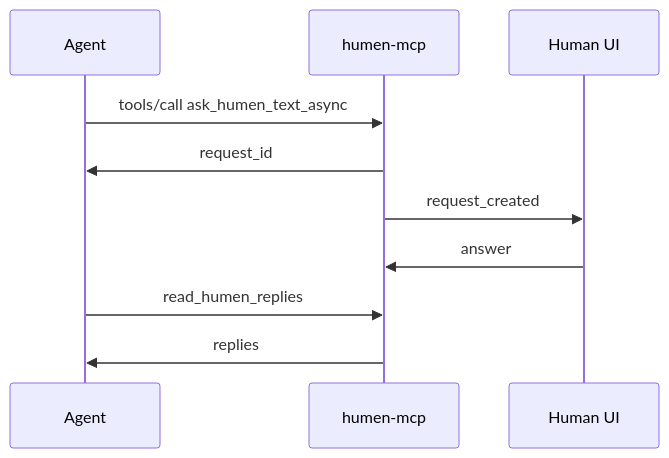
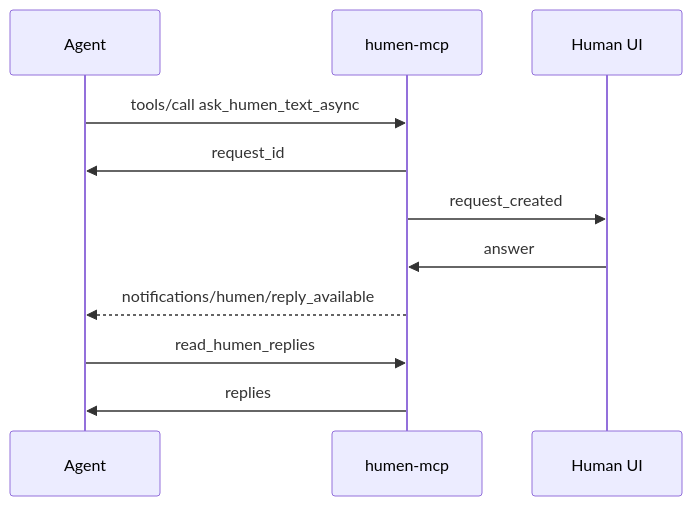
The second of 3 diagrams in docs/ARCHITECTURE.zh-CN.md (LIghtJUNction/humen-mcp), drawn with Mermaid before and after one commit. The commit also changed other lines of this file and 28 other files, not shown here.

````diff
--- a/docs/ARCHITECTURE.zh-CN.md
+++ b/docs/ARCHITECTURE.zh-CN.md
@@ -44,12 +44,13 @@
 ```mermaid
 sequenceDiagram
     participant A as Agent
     participant S as humen-mcp
     participant H as Human UI
     A->>S: tools/call ask_humen_text_async
     S->>A: request_id
     S->>H: request_created
     H->>S: answer
+    S-->>A: notifications/humen/reply_available
     A->>S: read_humen_replies
     S->>A: replies
 ```
````
